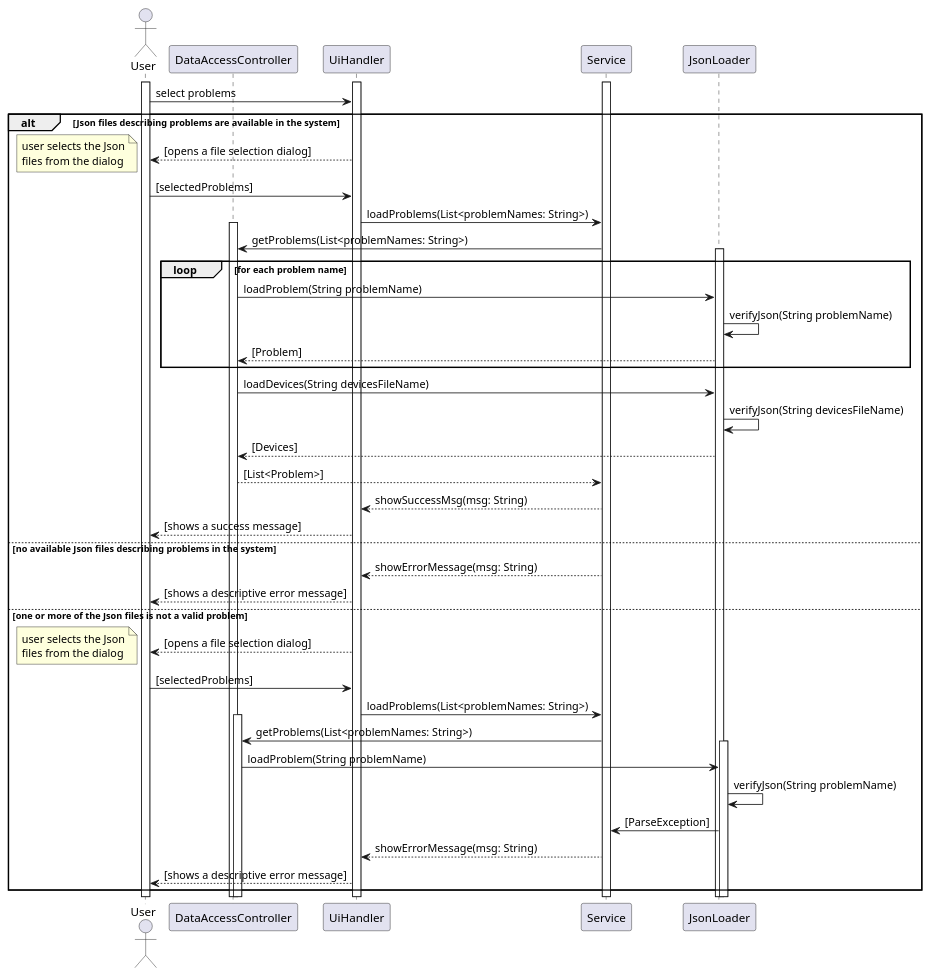
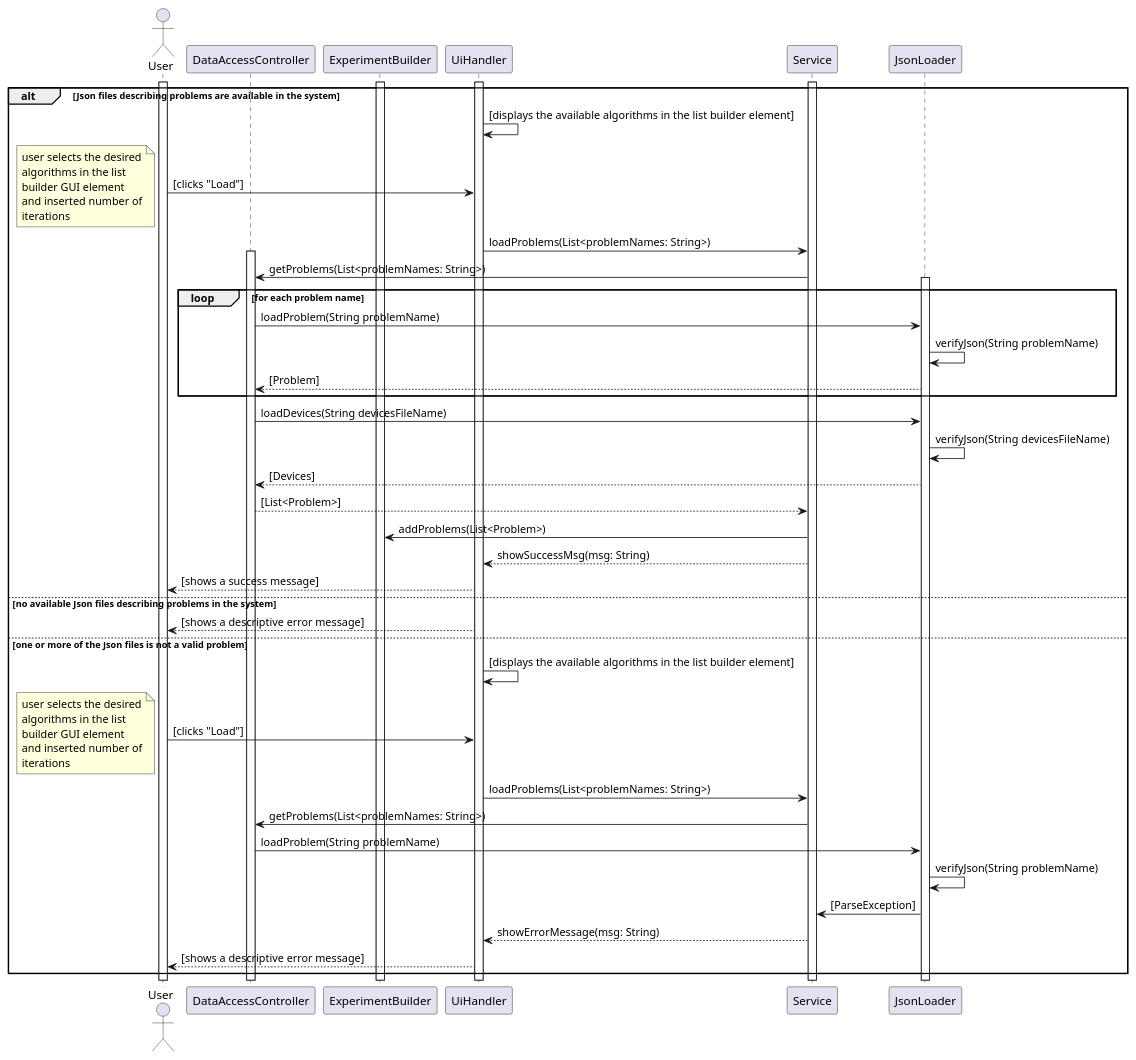
The diagram in Final/Docs/Diagrams/behaviour diagrams/scripts/dataChooseSeq.puml (miamiHits/FinalProject), drawn with PlantUML before and after one commit. The commit also changed 7 other files, not shown here.

Commit message:
updated sequence diagrams according t the new design

```diff
--- a/Final/Docs/Diagrams/behaviour diagrams/scripts/dataChooseSeq.puml
+++ b/Final/Docs/Diagrams/behaviour diagrams/scripts/dataChooseSeq.puml
@@ -1,67 +1,75 @@
 @startuml
 actor User as u
 participant DataAccessController as DAC
+participant ExperimentBuilder as EB
 
 activate u
 activate UiHandler
 activate Service
+activate EB
 
 
-u -> UiHandler : select problems
+
 alt Json files describing problems are available in the system
 
-    UiHandler --> u : [opens a file selection dialog]
+    UiHandler -> UiHandler : [displays the available algorithms in the list builder element]
+    u -> UiHandler : [clicks "Load"]
     note left
-        user selects the Json
-        files from the dialog
+        user selects the desired
+        algorithms in the list
+        builder GUI element
+        and inserted number of
+        iterations
     end note
-    u -> UiHandler : [selectedProblems]
+
     UiHandler -> Service : loadProblems(List<problemNames: String>)
 
     activate DAC
     Service -> DAC : getProblems(List<problemNames: String>)
 
     loop for each problem name
         activate JsonLoader
         DAC -> JsonLoader : loadProblem(String problemName)
         JsonLoader -> JsonLoader : verifyJson(String problemName)
         JsonLoader --> DAC : [Problem]
     end
 
     DAC -> JsonLoader : loadDevices(String devicesFileName)
     JsonLoader -> JsonLoader : verifyJson(String devicesFileName)
     JsonLoader --> DAC : [Devices]
 
     DAC -->Service : [List<Problem>]
+    Service -> EB : addProblems(List<Problem>)
     Service --> UiHandler : showSuccessMsg(msg: String)
     UiHandler --> u : [shows a success message]
 
 else no available Json files describing problems in the system
 
-    Service --> UiHandler : showErrorMessage(msg: String)
     UiHandler --> u : [shows a descriptive error message]
 
 else one or more of the Json files is not a valid problem
 
-    UiHandler --> u : [opens a file selection dialog]
+    UiHandler -> UiHandler : [displays the available algorithms in the list builder element]
+    u -> UiHandler : [clicks "Load"]
     note left
-        user selects the Json
-        files from the dialog
+        user selects the desired
+        algorithms in the list
+        builder GUI element
+        and inserted number of
+        iterations
     end note
-    u -> UiHandler : [selectedProblems]
+
     UiHandler -> Service : loadProblems(List<problemNames: String>)
 
-    activate DAC
     Service -> DAC : getProblems(List<problemNames: String>)
 
-    activate JsonLoader
     DAC -> JsonLoader : loadProblem(String problemName)
     JsonLoader -> JsonLoader : verifyJson(String problemName)
     JsonLoader -> Service : [ParseException]
     Service --> UiHandler : showErrorMessage(msg: String)
     UiHandler --> u : [shows a descriptive error message]
 end
 
 
 
 @enduml
```
